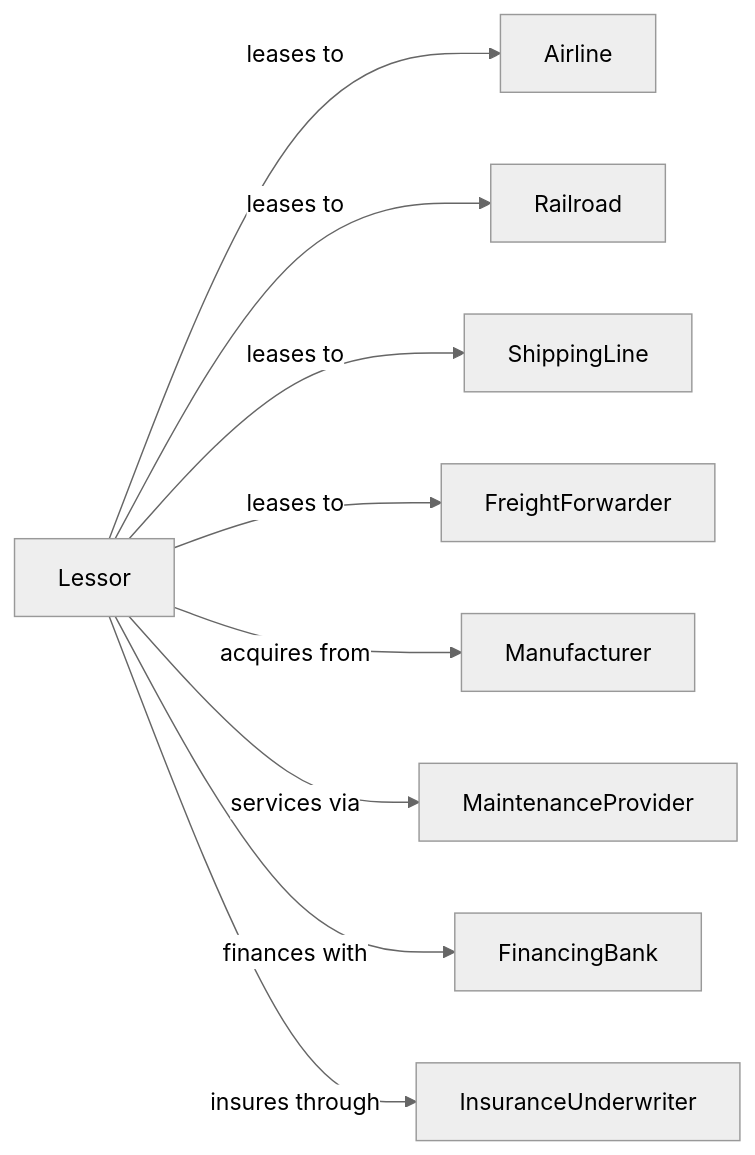
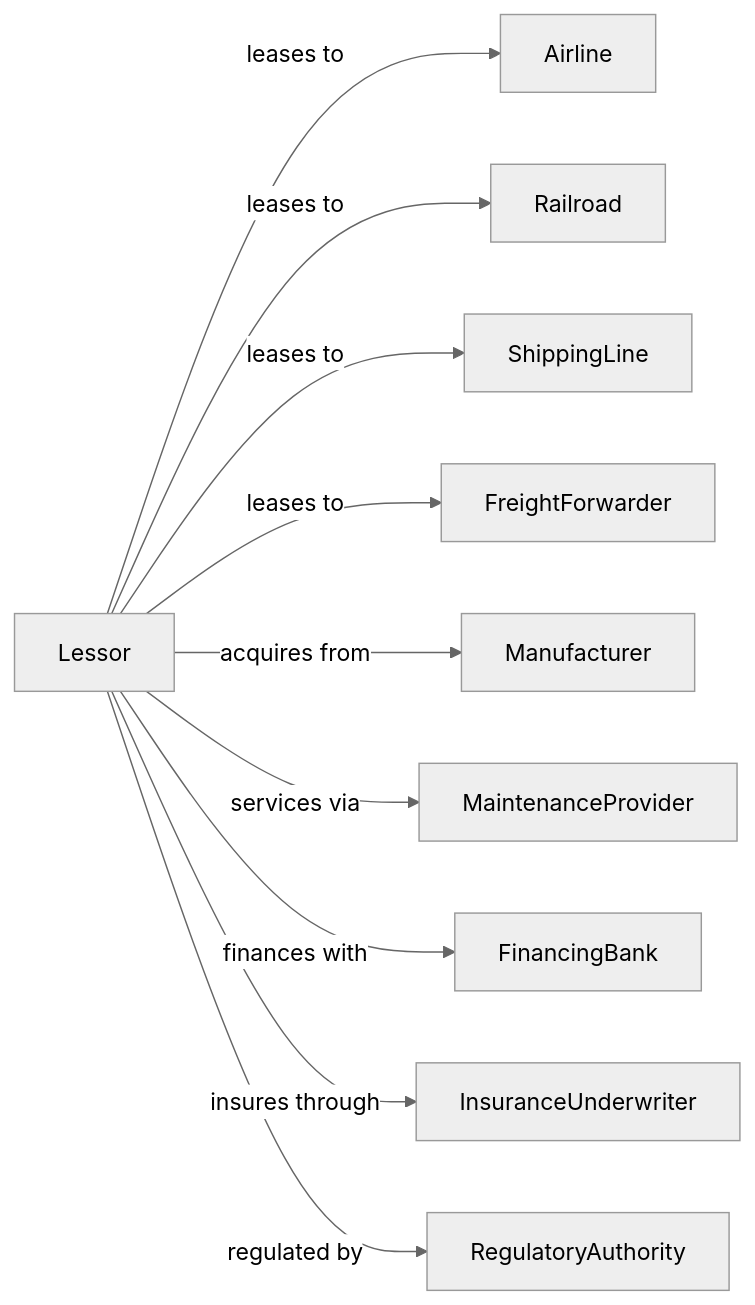
One commit to dot-org-ai/industries.org.ai changed the second of 2 diagrams in RealEstate/RentalAndLeasingServices/CommercialAndIndustrialMachineryAndEquipmentRentalAndLeasing/CommercialAirRailAndWaterTransportationEquipmentRentalAndLeasing.mdx. Above: the diagram before and after it, drawn with Mermaid (neutral theme). The commit also changed other lines of this file and 588 other files, not shown here.

````diff
--- a/RealEstate/RentalAndLeasingServices/CommercialAndIndustrialMachineryAndEquipmentRentalAndLeasing/CommercialAirRailAndWaterTransportationEquipmentRentalAndLeasing.mdx
+++ b/RealEstate/RentalAndLeasingServices/CommercialAndIndustrialMachineryAndEquipmentRentalAndLeasing/CommercialAirRailAndWaterTransportationEquipmentRentalAndLeasing.mdx
@@ -135,13 +135,14 @@
 ```mermaid
 graph LR
     L[Lessor]
 
     L -->|leases to| Airline
     L -->|leases to| Railroad
     L -->|leases to| ShippingLine
     L -->|leases to| FreightForwarder
     L -->|acquires from| Manufacturer
     L -->|services via| MaintenanceProvider
     L -->|finances with| FinancingBank
     L -->|insures through| InsuranceUnderwriter
+    L -->|regulated by| RegulatoryAuthority
 ```
````
